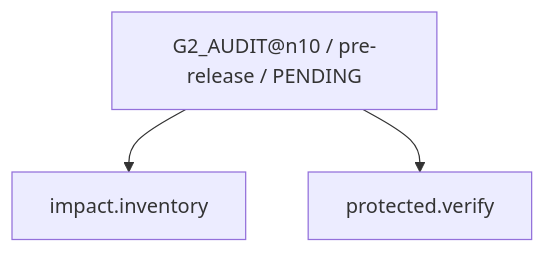
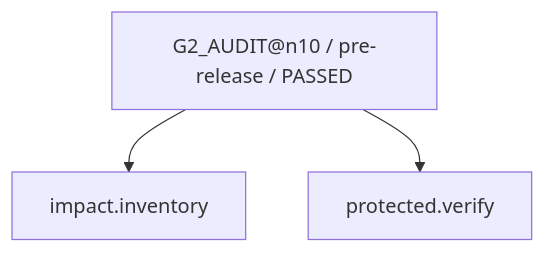
Diagram 26 of 30 in work/items/W-MATH-034-n09-n10-guided-design/generated/CAPABILITY_FIRE_DIAGRAM.md (rrikunagasige-dot/kyotsu-step-web), drawn with Mermaid before and after one commit. The commit also changed other lines of this file and 129 other files, not shown here.

````diff
--- a/work/items/W-MATH-034-n09-n10-guided-design/generated/CAPABILITY_FIRE_DIAGRAM.md
+++ b/work/items/W-MATH-034-n09-n10-guided-design/generated/CAPABILITY_FIRE_DIAGRAM.md
@@ -410,8 +410,8 @@
 ```mermaid
 flowchart TD
-  N0["G2_AUDIT@n10 / pre-release / PENDING"]
+  N0["G2_AUDIT@n10 / pre-release / PASSED"]
   N1["protected.verify"]
   N2["impact.inventory"]
   N0 --> N2
   N0 --> N1
 ```
````
